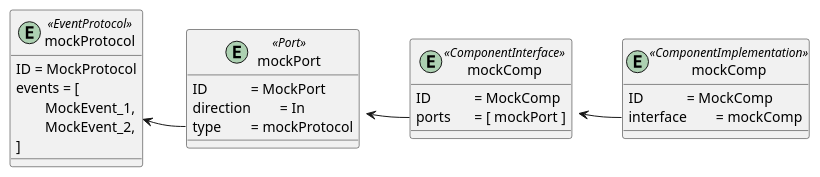
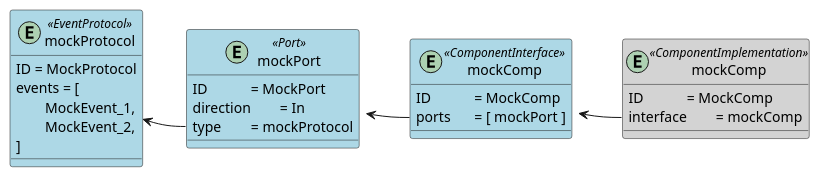
One commit to AlbertMietus/CCastle2.hg changed the diagram in core_packages/castle-RPy-writer/doc/mocks/writers-mocks.rst. Above: the diagram before and after it, drawn with PlantUML. The commit also changed other lines of this file and 4 other files, not shown here.

```diff
--- a/core_packages/castle-RPy-writer/doc/mocks/writers-mocks.rst
+++ b/core_packages/castle-RPy-writer/doc/mocks/writers-mocks.rst
@@ -26,31 +26,33 @@
       .. uml::
 
          @startuml
+         skinparam  classBackgroundColor lightBlue
+
 
          entity mockProtocol <<EventProtocol>> {
             ID = MockProtocol
             events = [
                 \tMockEvent_1,
                 \tMockEvent_2,
             ]
          }
 
          entity mockPort <<Port>> {
             ID        \t= MockPort
             direction \t= In
             type      \t= mockProtocol
          }
          mockProtocol <- mockPort::type
 
          entity "mockComp" as visible <<ComponentInterface >> {
             ID     \t= MockComp
             ports \t= [ mockPort ]
          }
          mockPort <- visible::ports
 
-         entity "mockComp" as intern <<ComponentImplementation >> {
+         entity "mockComp" as intern <<ComponentImplementation >> #lightgray {
             ID        \t= MockComp
             interface \t= mockComp
          }
          visible <- intern::interface
        @enduml
```
